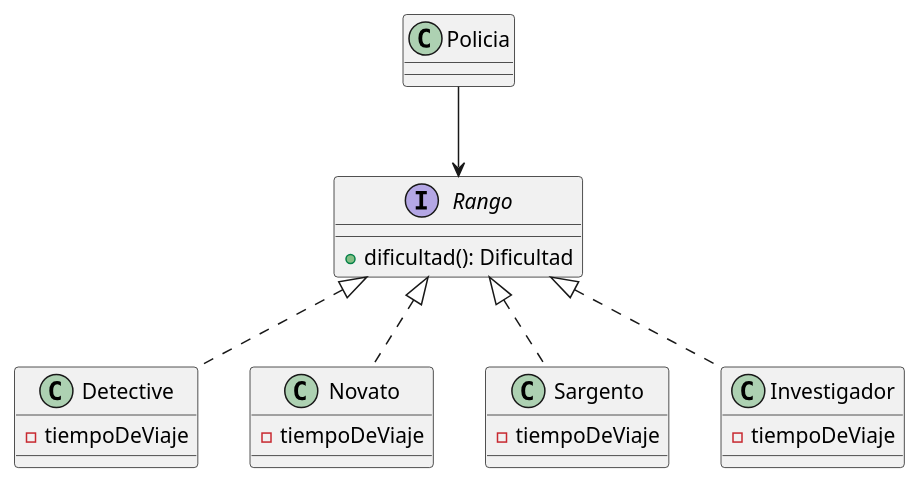
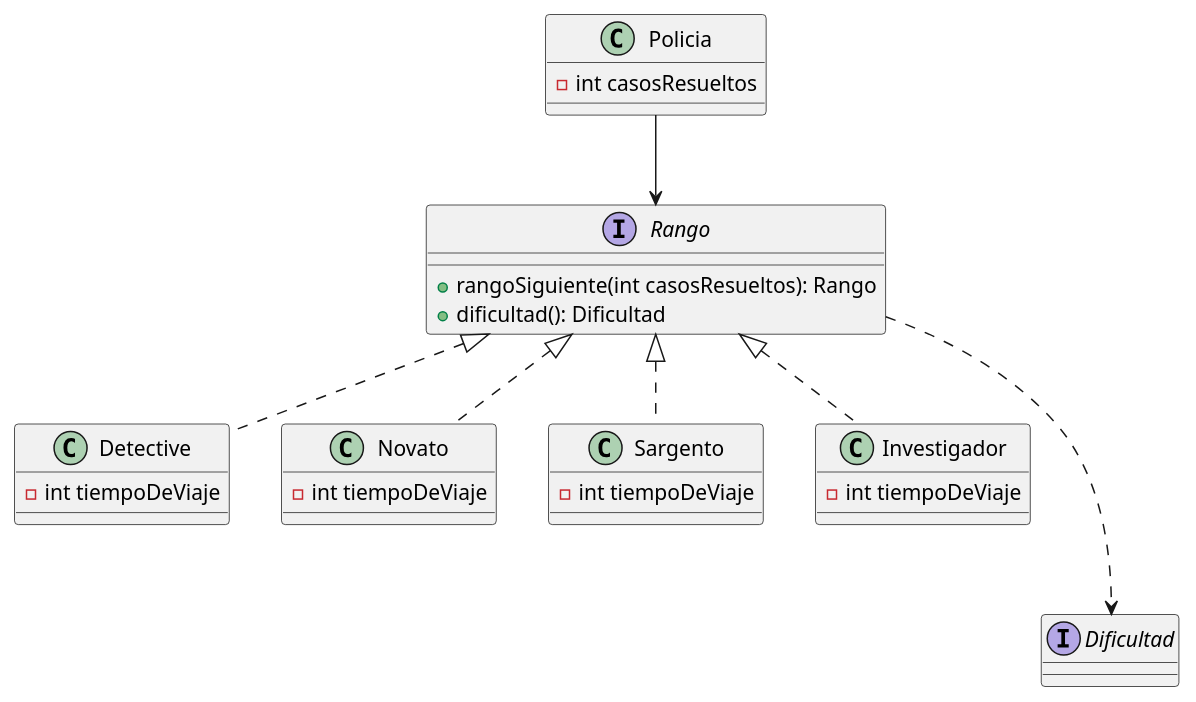
The diagram in diagrams/classes/dc_policia.plantuml (SeleneMartinez/Algo3_AlgoThief), drawn with PlantUML before and after one commit. The commit also changed 1 other file, not shown here.

Commit message:
added informe. modified dc_policia diagram

```diff
--- a/diagrams/classes/dc_policia.plantuml
+++ b/diagrams/classes/dc_policia.plantuml
@@ -1,34 +1,39 @@
 @startuml
 class Policia
 {
-
+    - int casosResueltos
 }
 interface Rango
 {
+    + rangoSiguiente(int casosResueltos): Rango
     +dificultad(): Dificultad
 }
 
 class Detective
 {
-    -tiempoDeViaje
+    -int tiempoDeViaje
 }
 class Novato
 {
-    -tiempoDeViaje
+    -int tiempoDeViaje
 }
 class Sargento
 {
-    -tiempoDeViaje
+    -int tiempoDeViaje
 }
 class Investigador
 {
-    -tiempoDeViaje
+    -int tiempoDeViaje
+}
+
+interface Dificultad
+{
 }
 
 Policia -->Rango
 Rango <|..Investigador
 Rango <|..Sargento
 Rango <|.. Detective
 Rango <|..Novato
-
+Rango ...> Dificultad
 @enduml
```
